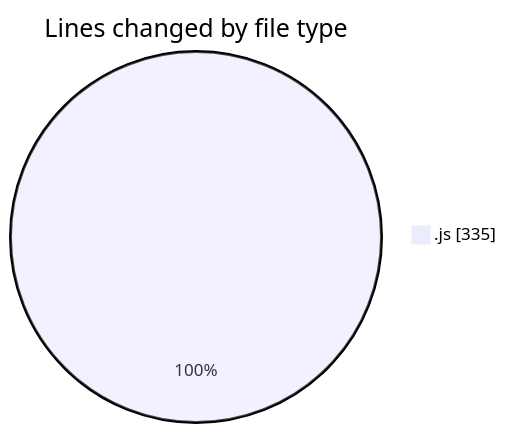
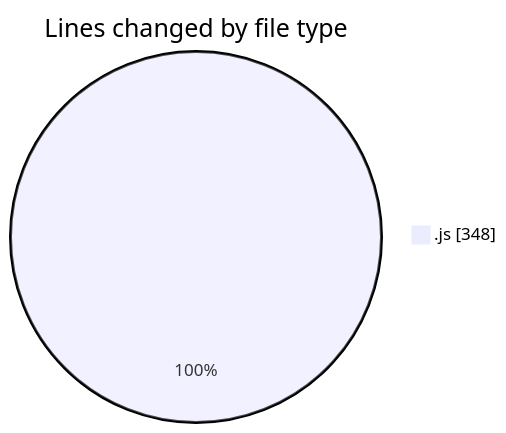
Before and after one commit to momahboobian/code-tracking: the first of 2 diagrams in 2025-03-11/cda/README.md, drawn with Mermaid. The commit also changed other lines of this file and 1 other file, not shown here.

````diff
--- a/2025-03-11/cda/README.md
+++ b/2025-03-11/cda/README.md
@@ -23,5 +24,5 @@
 ```mermaid
 pie showData
 title Lines changed by file type
-".js" : 335
+".js" : 348
 ```
````
